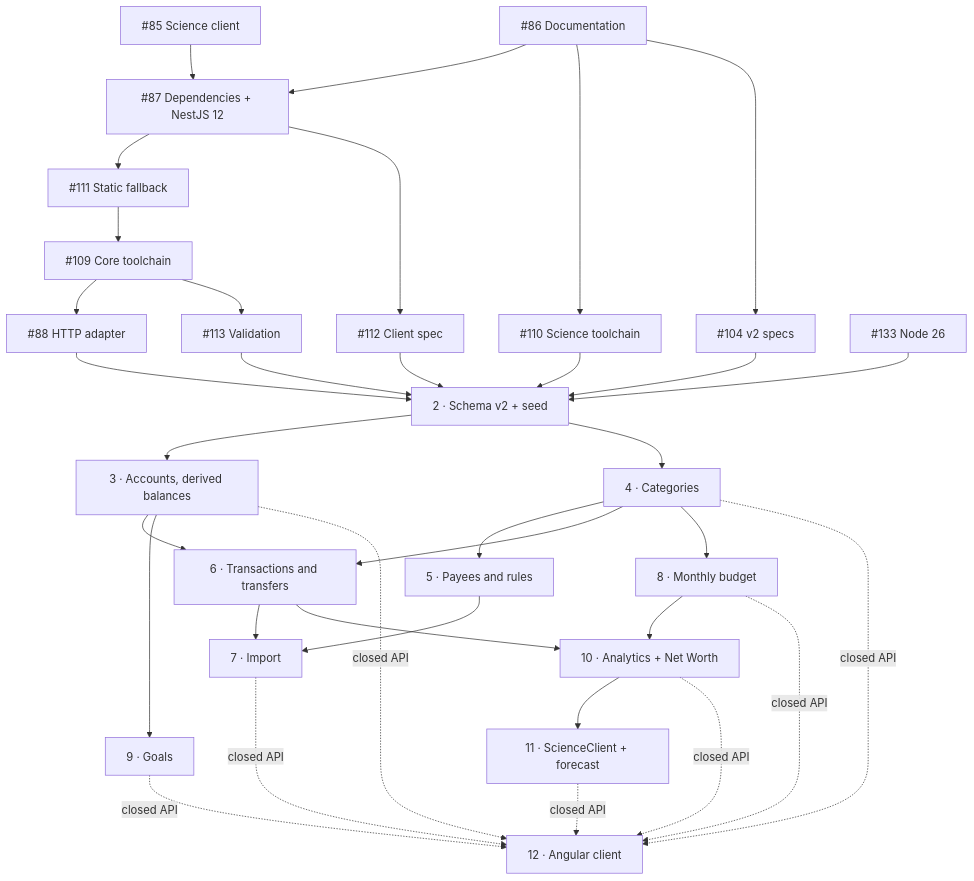
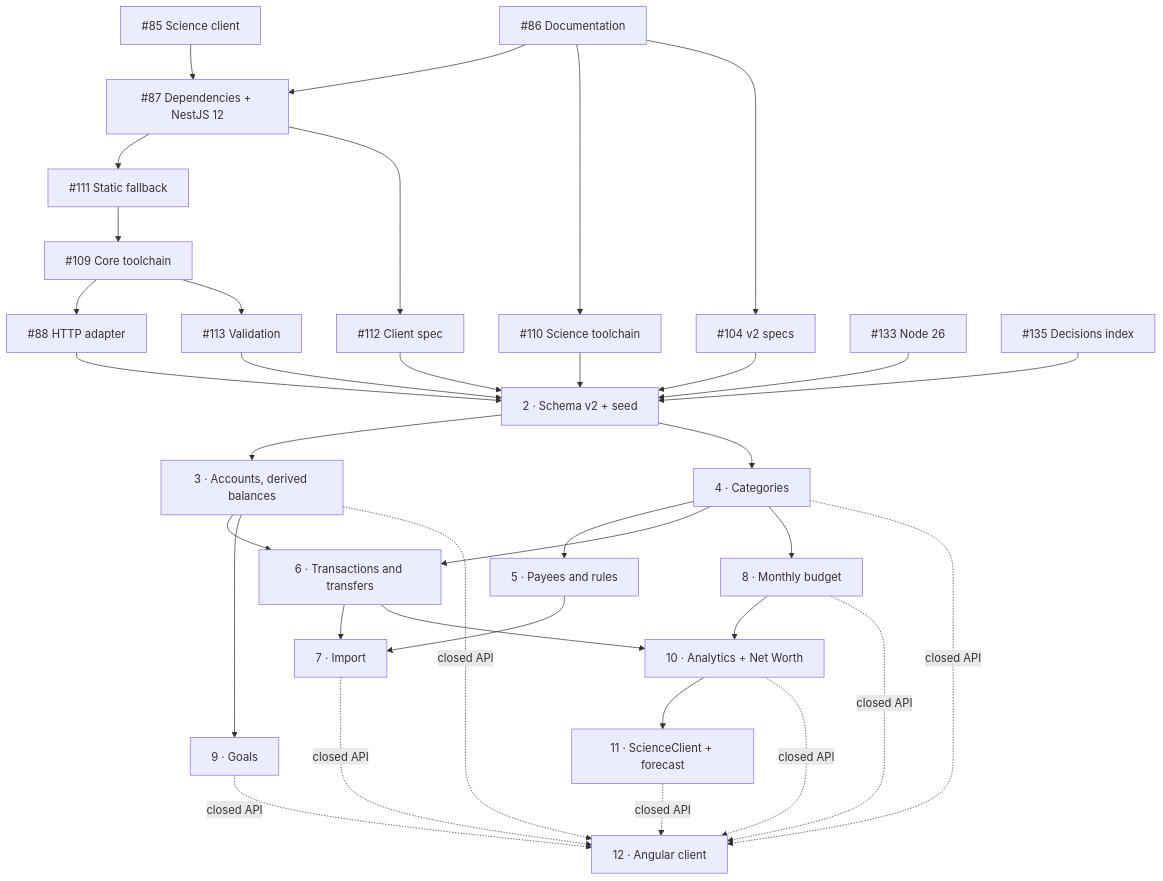
One commit to fabogit/finances-dashboard changed the diagram in documents/product/roadmap.md. Above: the diagram before and after it, drawn with Mermaid. The commit also changed other lines of this file, not shown here.

Commit message:
docs: list #135 in the roadmap

````diff
--- a/documents/product/roadmap.md
+++ b/documents/product/roadmap.md
@@ -49,41 +50,43 @@
 ```mermaid
 flowchart TD
     S1a["#85 Science client"]
     S1c["#86 Documentation"]
     S1d["#87 Dependencies + NestJS 12"]
     S1f["#111 Static fallback"]
     S1b["#112 Client spec"]
     S1t["#109 Core toolchain"]
     S1v["#113 Validation"]
     S1p["#110 Science toolchain"]
     S1h["#88 HTTP adapter"]
     S1s["#104 v2 specs"]
     S1n["#133 Node 26"]
+    S1i["#135 Decisions index"]
     S2["2 · Schema v2 + seed"]
     S3["3 · Accounts, derived balances"]
     S4["4 · Categories"]
     S5["5 · Payees and rules"]
     S6["6 · Transactions and transfers"]
     S7["7 · Import"]
     S8["8 · Monthly budget"]
     S9["9 · Goals"]
     S10["10 · Analytics + Net Worth"]
     S11["11 · ScienceClient + forecast"]
     S12["12 · Angular client"]
 
     S1a & S1c --> S1d --> S1f --> S1t --> S1h --> S2
     S1d --> S1b --> S2
     S1t --> S1v --> S2
     S1c --> S1p --> S2
     S1c --> S1s --> S2
     S1n --> S2
+    S1i --> S2
     S2 --> S3 & S4
     S4 --> S5
     S3 & S4 --> S6
     S5 & S6 --> S7
     S4 --> S8
     S3 --> S9
     S6 & S8 --> S10
     S10 --> S11
     S3 & S4 & S7 & S8 & S9 & S10 & S11 -. closed API .-> S12
 ```
````
